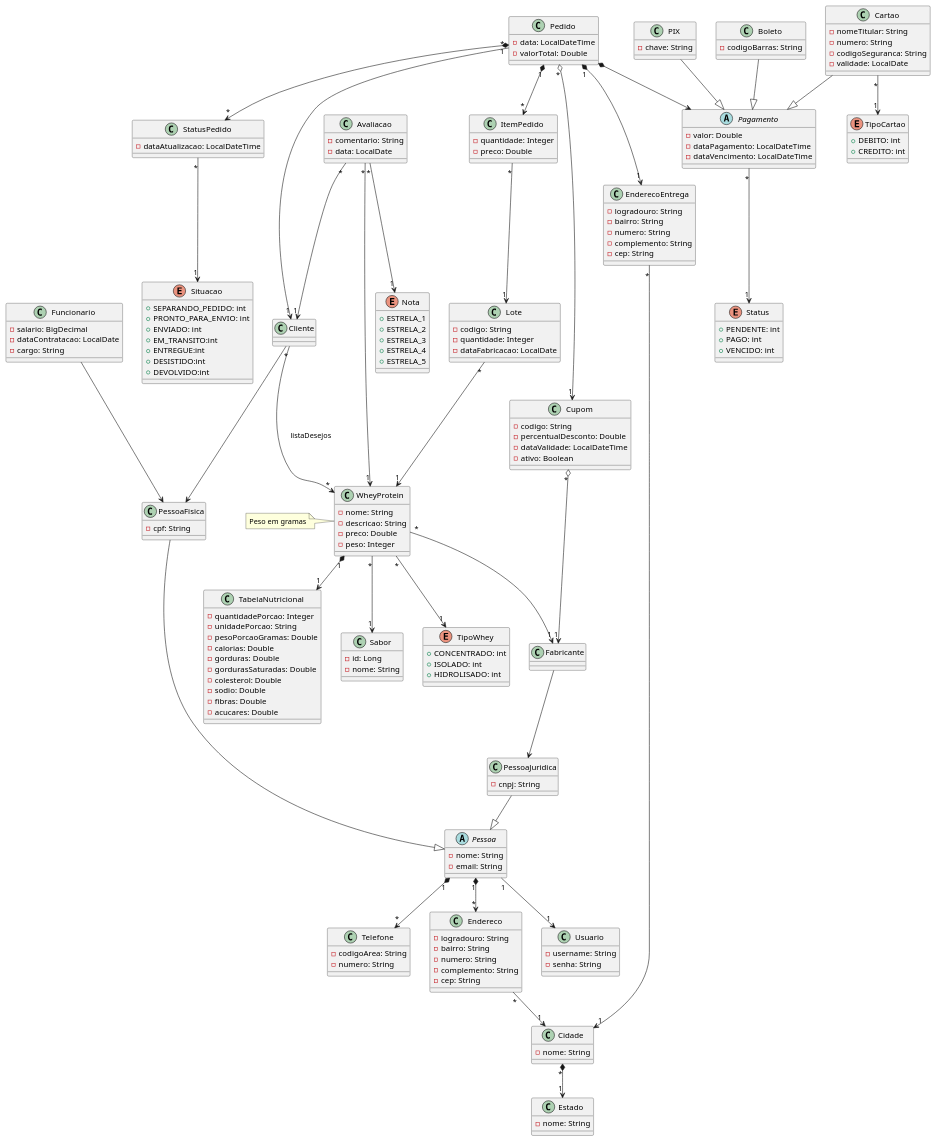
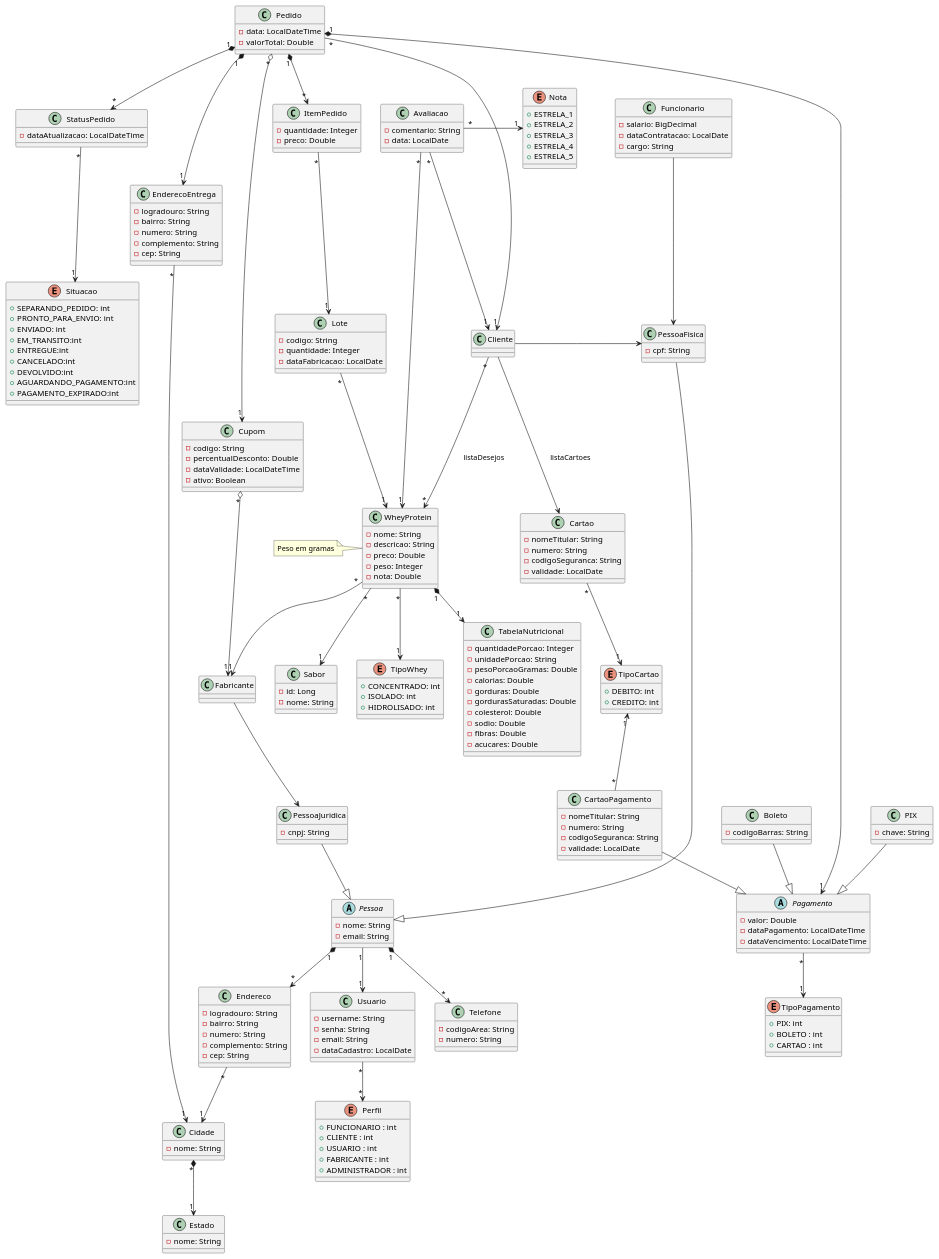
Before and after one commit to Matheus-Nardi/iron-forge_tp1: the diagram in ironforge-tp1-quarkus/src/main/resources/docs/whey.plantuml, drawn with PlantUML. The commit also changed 89 other files, not shown here.

```diff
--- a/ironforge-tp1-quarkus/src/main/resources/docs/whey.plantuml
+++ b/ironforge-tp1-quarkus/src/main/resources/docs/whey.plantuml
@@ -5,6 +5,7 @@
     - descricao: String
     - preco: Double
     - peso: Integer
+    - nota: Double
 }
 
 class Lote{
@@ -52,7 +53,19 @@
 class Usuario {
     - username: String
     - senha: String
+    - email: String
+    - dataCadastro: LocalDate
 }
+
+enum Perfil{
+    + FUNCIONARIO : int
+    + CLIENTE : int
+    + USUARIO : int
+    + FABRICANTE : int
+    + ADMINISTRADOR : int
+}
+
+Usuario"*" --> "*" Perfil
 
 abstract class Pessoa {
     - nome: String
@@ -74,7 +87,7 @@
 PessoaJuridica --|> Pessoa
 
 Pessoa "1" --> "1" Usuario
-Cliente --> PessoaFisica
+Cliente -right-> PessoaFisica
 Funcionario --> PessoaFisica
 Fabricante --> PessoaJuridica
 
@@ -101,8 +114,10 @@
     + ENVIADO: int
     + EM_TRANSITO:int
     + ENTREGUE:int
-    + DESISTIDO:int
+    + CANCELADO:int
     + DEVOLVIDO:int
+    + AGUARDANDO_PAGAMENTO:int
+    + PAGAMENTO_EXPIRADO:int
 
 }
 
@@ -154,11 +169,7 @@
     - dataVencimento: LocalDateTime
 }
 
-enum Status {
-    + PENDENTE: int
-    + PAGO: int
-    + VENCIDO: int
-}
+
 
 class PIX {
     - chave: String
@@ -168,8 +179,15 @@
     - codigoBarras: String
 }
 
-class Cartao {
+class CartaoPagamento {
     - nomeTitular: String
+    - numero: String
+    - codigoSeguranca: String
+    - validade: LocalDate
+}
+
+class Cartao{
+     - nomeTitular: String
     - numero: String
     - codigoSeguranca: String
     - validade: LocalDate
@@ -187,12 +205,23 @@
     - ativo: Boolean
 }
 
-Pedido *--> Pagamento
-Pagamento "*" -down-> "1" Status
+enum TipoPagamento{
+    + PIX: int
+    + BOLETO : int
+    + CARTAO : int
+}
+
+Pedido "1" *--> "1" Pagamento
+
+
+Pagamento "*" --> "1" TipoPagamento
+CartaoPagamento "*" -up-> "1" TipoCartao
 Cartao "*" --> "1" TipoCartao
 PIX --|> Pagamento
 Boleto --|> Pagamento
-Cartao --|> Pagamento
+CartaoPagamento --|> Pagamento
+
+Cliente --> Cartao :listaCartoes
 
 Pedido "1" *--> "*" ItemPedido
 ItemPedido "*" --> "1" Lote
@@ -212,9 +241,9 @@
 
 Cliente "*" --> "*" WheyProtein : listaDesejos
 Cupom "*" o--> "1" Fabricante
-Avaliacao "*" --> "1" Cliente
+Avaliacao "*" -down-> "1" Cliente
 Avaliacao "*" --> "1" WheyProtein
-Avaliacao "*" --> "1" Nota
+Avaliacao "*" -right-> "1" Nota
 
 note left of WheyProtein: Peso em gramas
 
```
